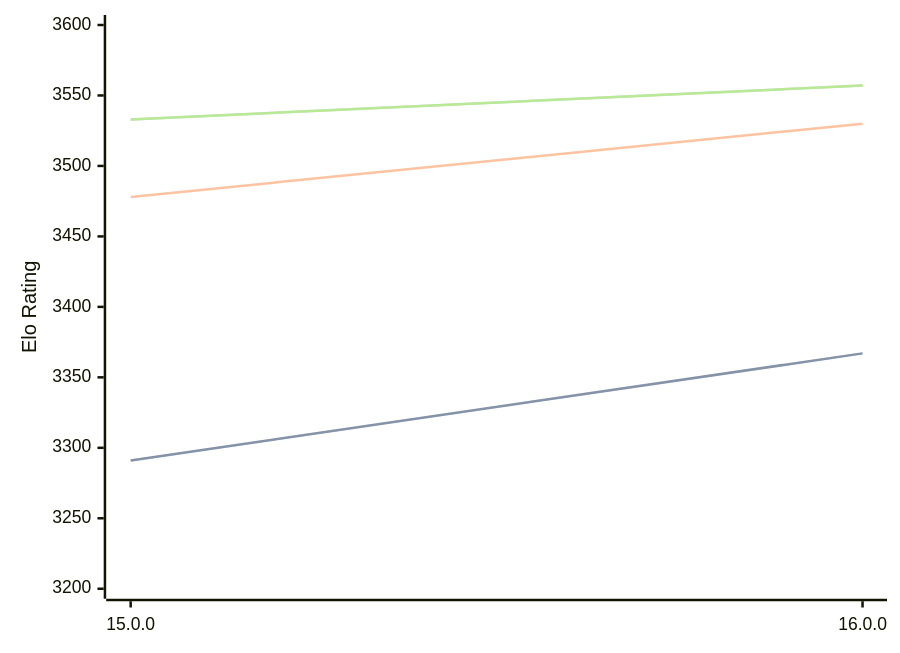
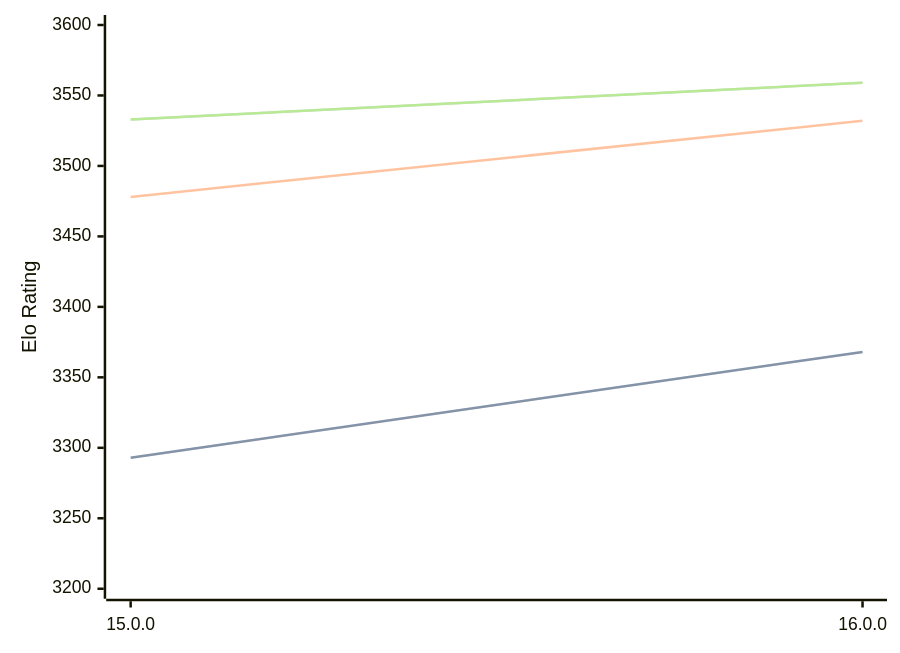
The diagram in engines/Halogen.md (computer-chess-index/cci), drawn with Mermaid before and after one commit. The commit also changed other lines of this file, not shown here.

Commit message:
Update CCI Ratings (ELO VLTC) - 2026-09-16

````diff
--- a/engines/Halogen.md
+++ b/engines/Halogen.md
@@ -32,11 +32,11 @@
 ```mermaid
 %%{init: {"theme":"base","themeVariables":{"seriesColors:['#a3a3a3','#222221','#faa371']}}}%%
 xychart-beta
   x-axis ["15.0.0", "16.0.0"]
   y-axis "Elo Rating" 3200 --> 3600
-  line "" [3291, 3367]
-  line "STC (8.0+0.08s)" [3291, 3367]
-  line "LTC (60.0+0.60s)" [3478, 3530]
-  line "" [3533, 3557]
-  line "VLTC (2m24s+1.12s)" [3533, 3557]
+  line "" [3293, 3368]
+  line "STC (8.0+0.08s)" [3293, 3368]
+  line "LTC (60.0+0.60s)" [3478, 3532]
+  line "" [3533, 3559]
+  line "VLTC (2m24s+1.12s)" [3533, 3559]
 ```
````
